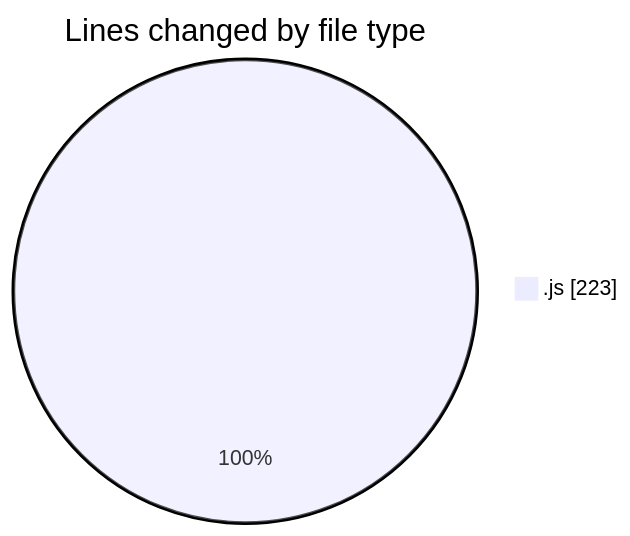
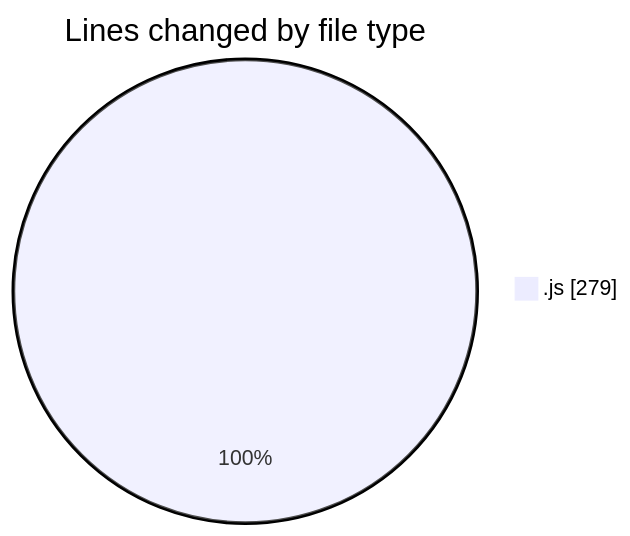
Before and after one commit to Ritupan-Deka/code-tracking: the first of 2 diagrams in 2025-08-09/javascript/README.md, drawn with Mermaid. The commit also changed other lines of this file and 1 other file, not shown here.

````diff
--- a/2025-08-09/javascript/README.md
+++ b/2025-08-09/javascript/README.md
@@ -20,5 +20,5 @@
 ```mermaid
 pie showData
 title Lines changed by file type
-".js" : 223
+".js" : 279
 ```
````
